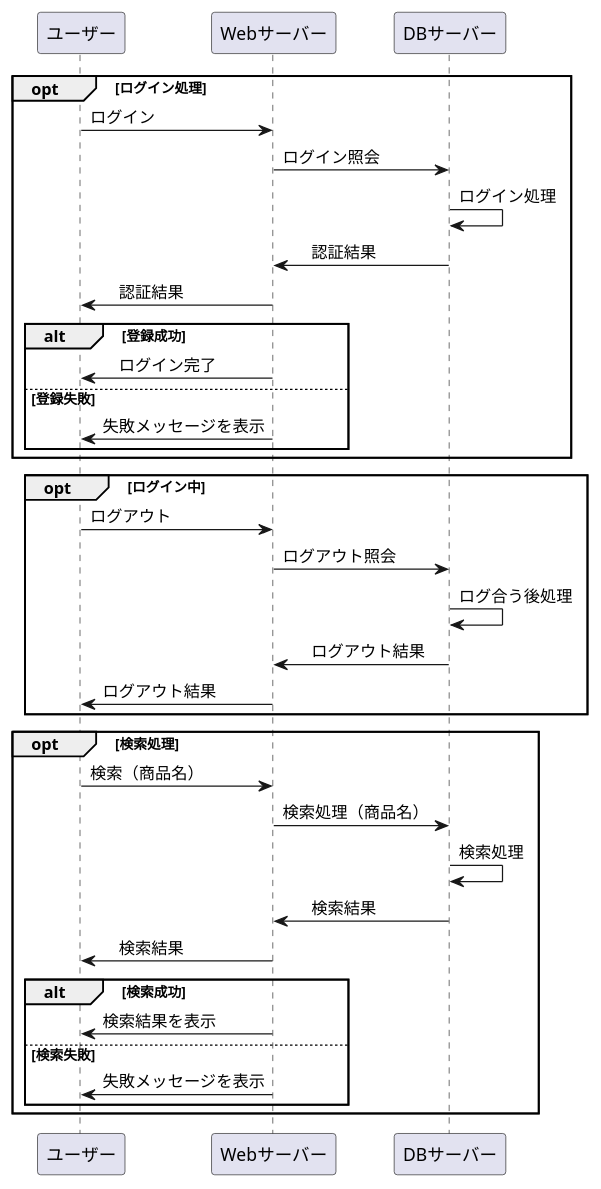
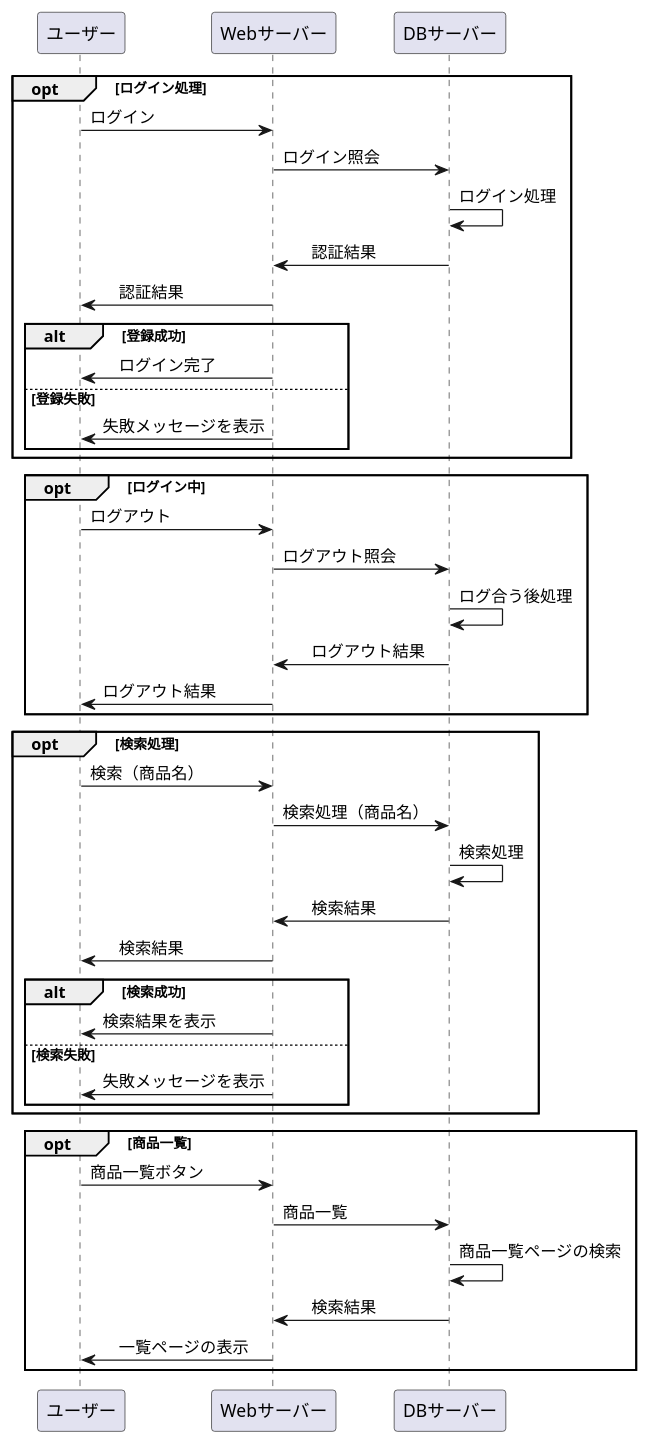
The diagram in sampleGH.md (Aso2101121/2021sys-design), drawn with PlantUML before and after one commit.

````diff
--- a/sampleGH.md
+++ b/sampleGH.md
@@ -1,45 +1,54 @@
 ```uml
 @startuml
 opt ログイン処理
 ユーザー -> Webサーバー : ログイン
 Webサーバー -> DBサーバー : ログイン照会
 DBサーバー -> DBサーバー : ログイン処理
 DBサーバー -> Webサーバー :　認証結果
 Webサーバー -> ユーザー :　認証結果
 
 alt 登録成功
 Webサーバー -> ユーザー :　ログイン完了 
 
 else 登録失敗
 Webサーバー -> ユーザー : 失敗メッセージを表示
 
 end
 end
 
 opt ログイン中
 ユーザー -> Webサーバー : ログアウト
 Webサーバー -> DBサーバー : ログアウト照会
 DBサーバー -> DBサーバー : ログ合う後処理
 DBサーバー -> Webサーバー :　ログアウト結果
 Webサーバー -> ユーザー : ログアウト結果
 
 end
 
 opt 検索処理
 ユーザー -> Webサーバー : 検索（商品名）
 Webサーバー -> DBサーバー : 検索処理（商品名）
 DBサーバー -> DBサーバー : 検索処理
 DBサーバー -> Webサーバー :　検索結果
 Webサーバー -> ユーザー :　検索結果
 
 alt 検索成功
 Webサーバー -> ユーザー : 検索結果を表示
 
 else 検索失敗
 Webサーバー -> ユーザー : 失敗メッセージを表示
 
 end
 end
 
+opt 商品一覧
+ユーザー -> Webサーバー : 商品一覧ボタン
+Webサーバー -> DBサーバー : 商品一覧
+DBサーバー -> DBサーバー : 商品一覧ページの検索
+DBサーバー -> Webサーバー :　検索結果
+Webサーバー -> ユーザー :　一覧ページの表示
+
+end
+
 @enduml
 ```
````
